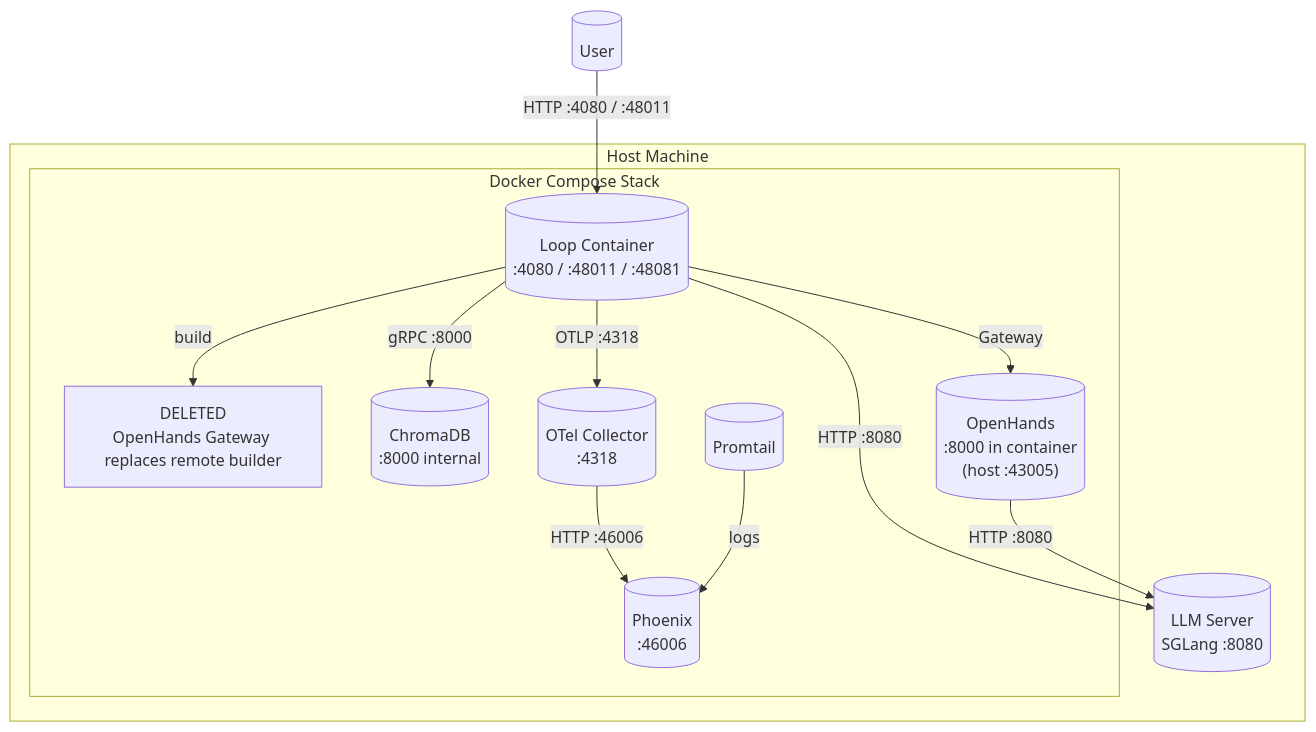
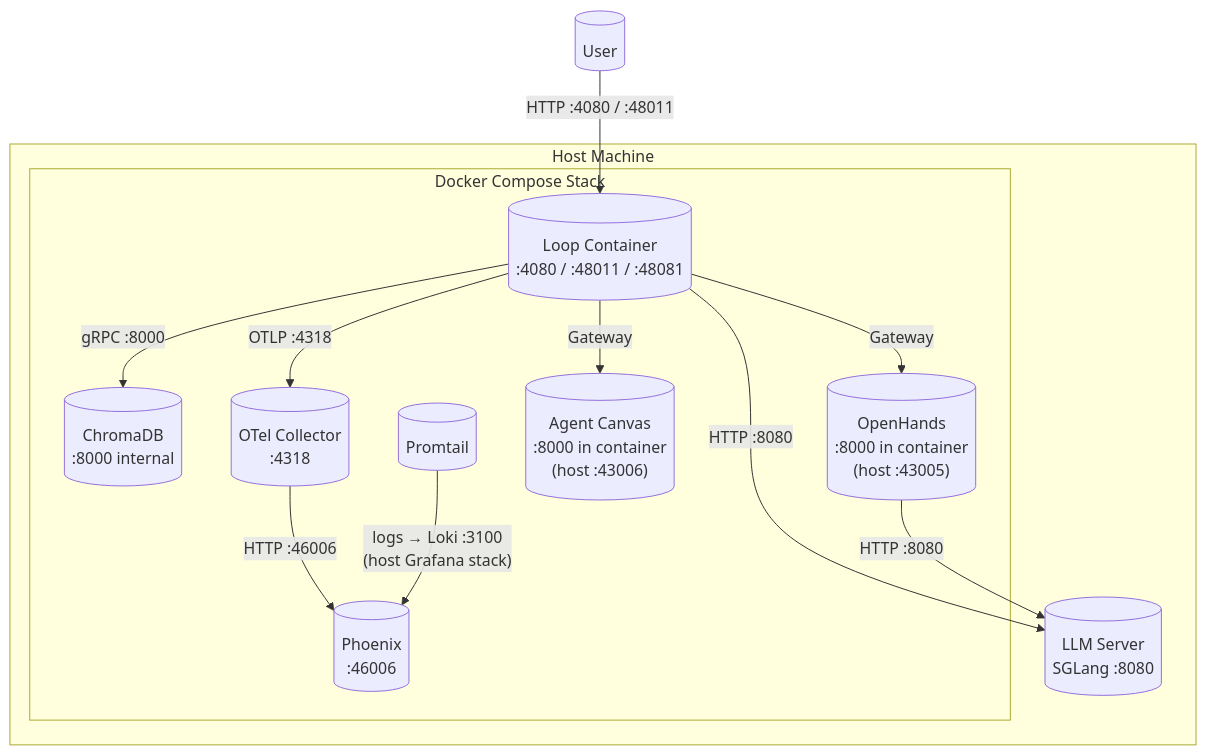
The fourth of 4 diagrams in README.md (terrygzhou/loop_engineering_factory), drawn with Mermaid before and after one commit. The commit also changed other lines of this file, not shown here.

First line of the commit message:
docs(readme): fix diagram drift vs codebase

````diff
--- a/README.md
+++ b/README.md
@@ -186,28 +186,29 @@
 ```mermaid
 graph TB
     U[("User")]
 
     subgraph Host["Host Machine"]
         LLM_C[("LLM Server<br/>SGLang :8080")]
 
         subgraph DockerStack["Docker Compose Stack"]
             LC[("Loop Container<br/>:4080 / :48011 / :48081")]
-            BLD["DELETED<br/>OpenHands Gateway replaces remote builder"]
             CC[("ChromaDB<br/>:8000 internal")]
             OC[("OTel Collector<br/>:4318")]
             PH[("Phoenix<br/>:46006")]
             OH[("OpenHands<br/>:8000 in container<br/>(host :43005)")]
+            CV[("Agent Canvas<br/>:8000 in container<br/>(host :43006)")]
             PT[("Promtail")]
         end
     end
 
     U -->|"HTTP :4080 / :48011"| LC
     LC -->|"gRPC :8000"| CC
     LC -->|"OTLP :4318"| OC
     LC -->|"HTTP :8080"| LLM_C
     LC -->|"Gateway"| OH
-    LC -->|"build"| BLD
+    LC -->|"Gateway"| CV
     OH -->|"HTTP :8080"| LLM_C
     OC -->|"HTTP :46006"| PH
-    PT -->|"logs"| PH
+    PT -->|"logs → Loki :3100<br/>(host Grafana stack)"| PH
+
 ```
````
